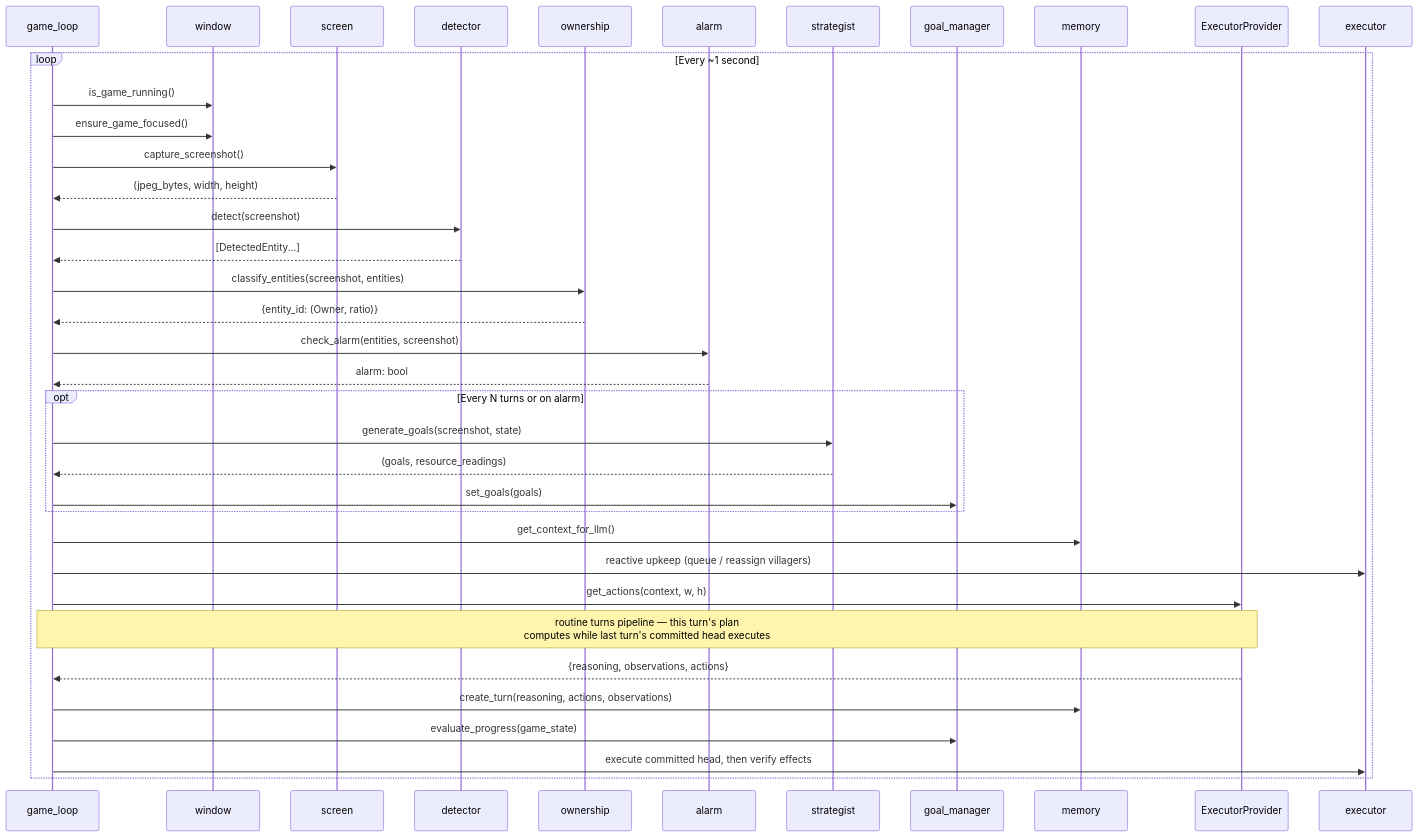
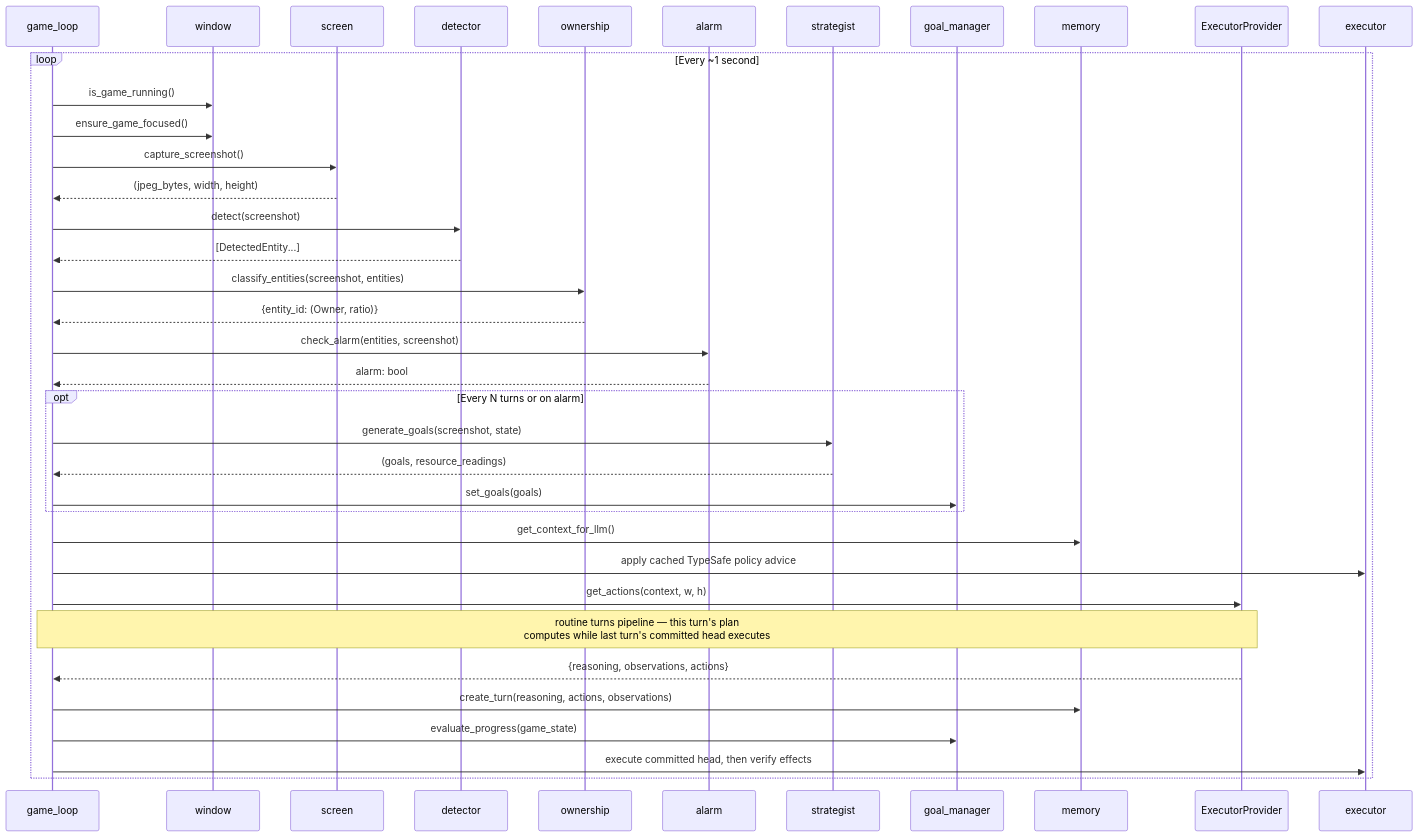
Before and after one commit to dobosmarton/aoe2-agent: the diagram in docs/part1-architecture/02-game-loop-pipeline.md, drawn with Mermaid. The commit also changed other lines of this file and 10 other files, not shown here.

Commit message:
docs(agent): describe the dynamic policy architecture

````diff
--- a/docs/part1-architecture/02-game-loop-pipeline.md
+++ b/docs/part1-architecture/02-game-loop-pipeline.md
@@ -13,40 +13,40 @@
 ```mermaid
 sequenceDiagram
     participant GL as game_loop
     participant W as window
     participant S as screen
     participant D as detector
     participant OWN as ownership
     participant ALM as alarm
     participant STR as strategist
     participant GM as goal_manager
     participant M as memory
     participant C as ExecutorProvider
     participant E as executor
 
     loop Every ~1 second
         GL->>W: is_game_running()
         GL->>W: ensure_game_focused()
         GL->>S: capture_screenshot()
         S-->>GL: (jpeg_bytes, width, height)
         GL->>D: detect(screenshot)
         D-->>GL: [DetectedEntity...]
         GL->>OWN: classify_entities(screenshot, entities)
         OWN-->>GL: {entity_id: (Owner, ratio)}
         GL->>ALM: check_alarm(entities, screenshot)
         ALM-->>GL: alarm: bool
         opt Every N turns or on alarm
             GL->>STR: generate_goals(screenshot, state)
             STR-->>GL: (goals, resource_readings)
             GL->>GM: set_goals(goals)
         end
         GL->>M: get_context_for_llm()
-        GL->>E: reactive upkeep (queue / reassign villagers)
+        GL->>E: apply cached TypeSafe policy advice
         GL->>C: get_actions(context, w, h)
         Note over GL,C: routine turns pipeline — this turn's plan<br/>computes while last turn's committed head executes
         C-->>GL: {reasoning, observations, actions}
         GL->>M: create_turn(reasoning, actions, observations)
         GL->>GM: evaluate_progress(game_state)
         GL->>E: execute committed head, then verify effects
     end
 ```
````
